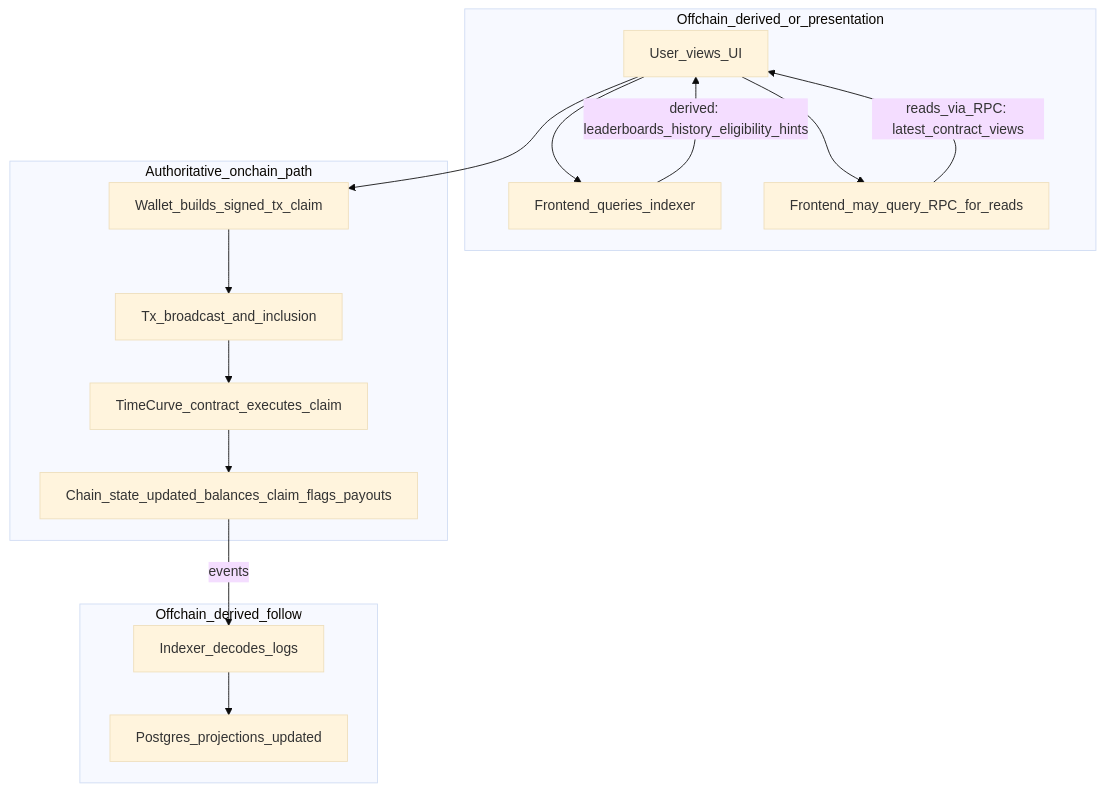
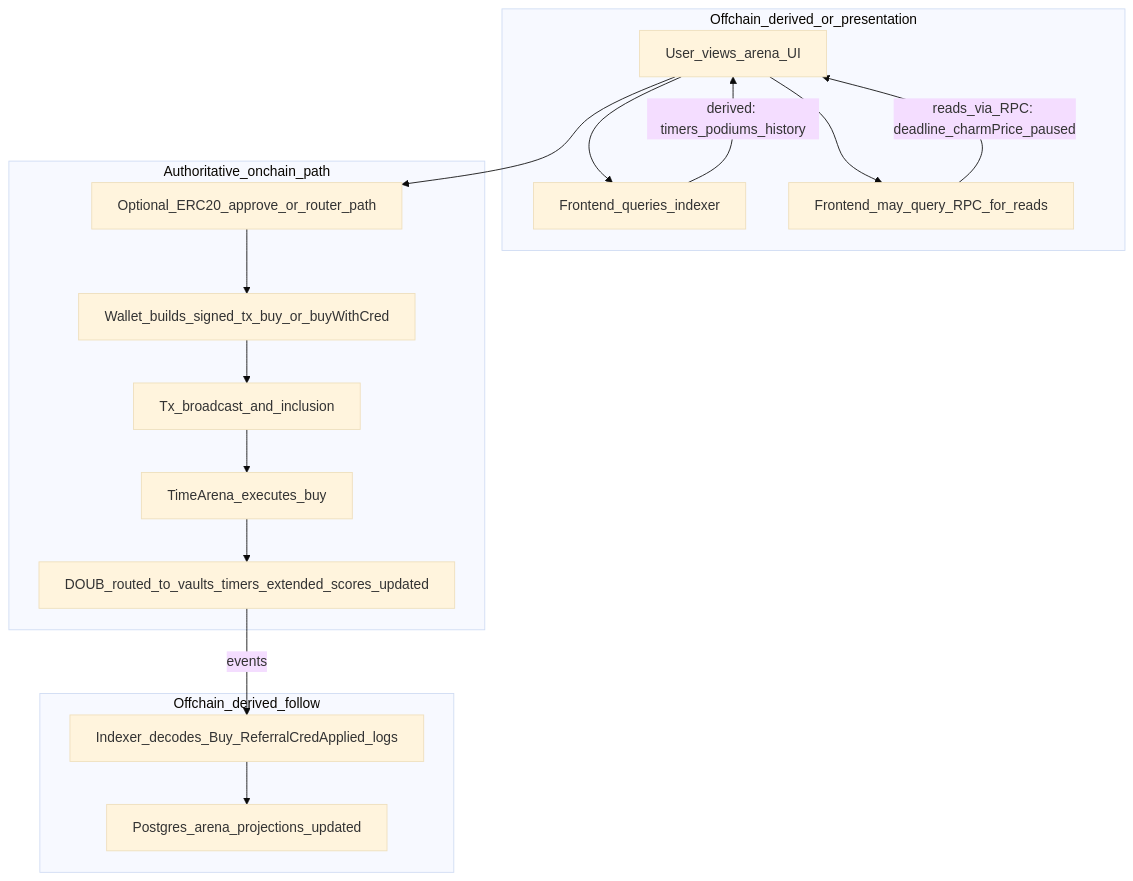
The first of 3 diagrams in docs/architecture/data-flows.md (PlasticDigits/yieldomega), drawn with Mermaid (base theme) before and after one commit. The commit also changed other lines of this file and 29 other files, not shown here.

Commit message:
Docs: remove stale TimeCurve/FeeRouter from satellite docs (#274) Finish Arena v2 documentation migration by rewriting operator/QA/agent paths for TimeArena, adding check-doc-retired-terms.sh, and collapsing retired v1 runbooks to one-line pointers.

````diff
--- a/docs/architecture/data-flows.md
+++ b/docs/architecture/data-flows.md
@@ -11,28 +11,30 @@
 ```mermaid
 flowchart TD
   subgraph offchain [Offchain_derived_or_presentation]
-    A[User_views_UI]
+    A[User_views_arena_UI]
     B[Frontend_queries_indexer]
     C[Frontend_may_query_RPC_for_reads]
   end
   subgraph wallet_chain [Authoritative_onchain_path]
-    D[Wallet_builds_signed_tx_claim]
-    E[Tx_broadcast_and_inclusion]
-    F[TimeCurve_contract_executes_claim]
-    G[Chain_state_updated_balances_claim_flags_payouts]
+    D[Optional_ERC20_approve_or_router_path]
+    E[Wallet_builds_signed_tx_buy_or_buyWithCred]
+    F[Tx_broadcast_and_inclusion]
+    G[TimeArena_executes_buy]
+    H[DOUB_routed_to_vaults_timers_extended_scores_updated]
   end
   subgraph indexer_follow [Offchain_derived_follow]
-    H[Indexer_decodes_logs]
-    I[Postgres_projections_updated]
+    I[Indexer_decodes_Buy_ReferralCredApplied_logs]
+    J[Postgres_arena_projections_updated]
   end
   A --> B
-  B -->|"derived: leaderboards_history_eligibility_hints"| A
+  B -->|"derived: timers_podiums_history"| A
   A --> C
-  C -->|"reads_via_RPC: latest_contract_views"| A
+  C -->|"reads_via_RPC: deadline_charmPrice_paused"| A
   A --> D
   D --> E
   E --> F
   F --> G
-  G -->|"events"| H
-  H --> I
+  G --> H
+  H -->|"events"| I
+  I --> J
 ```
````
